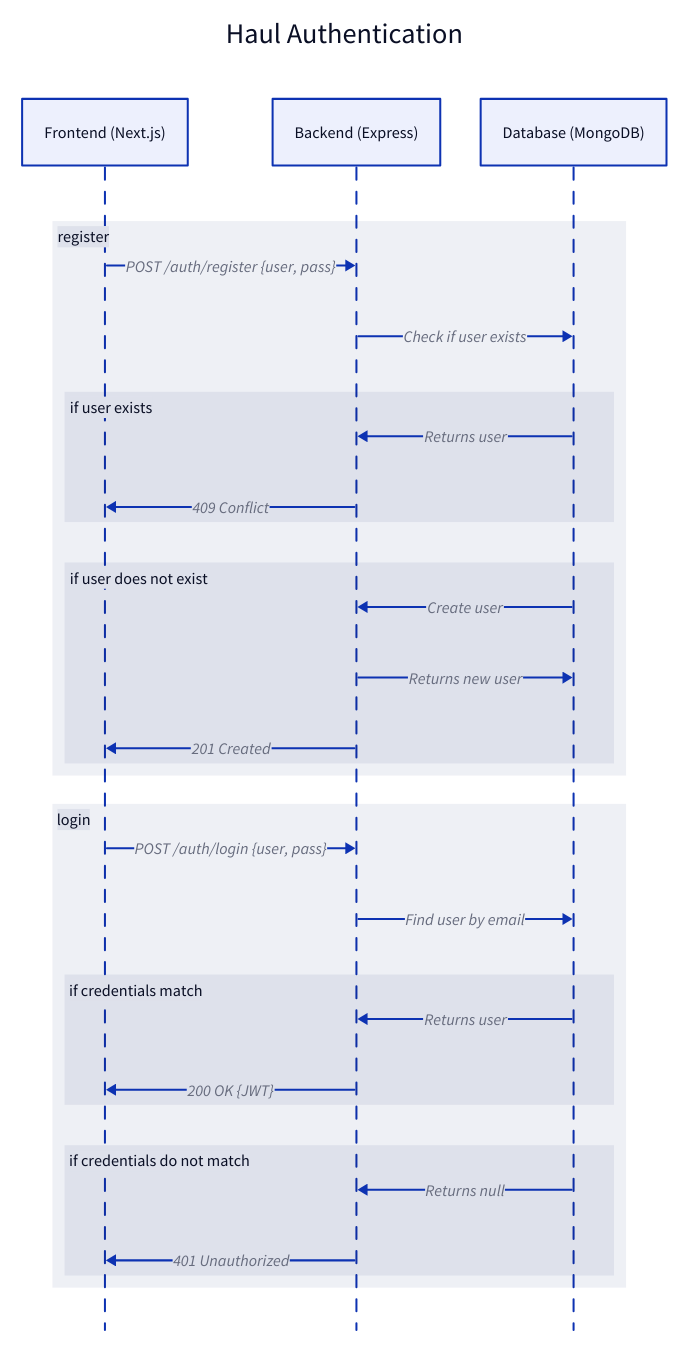
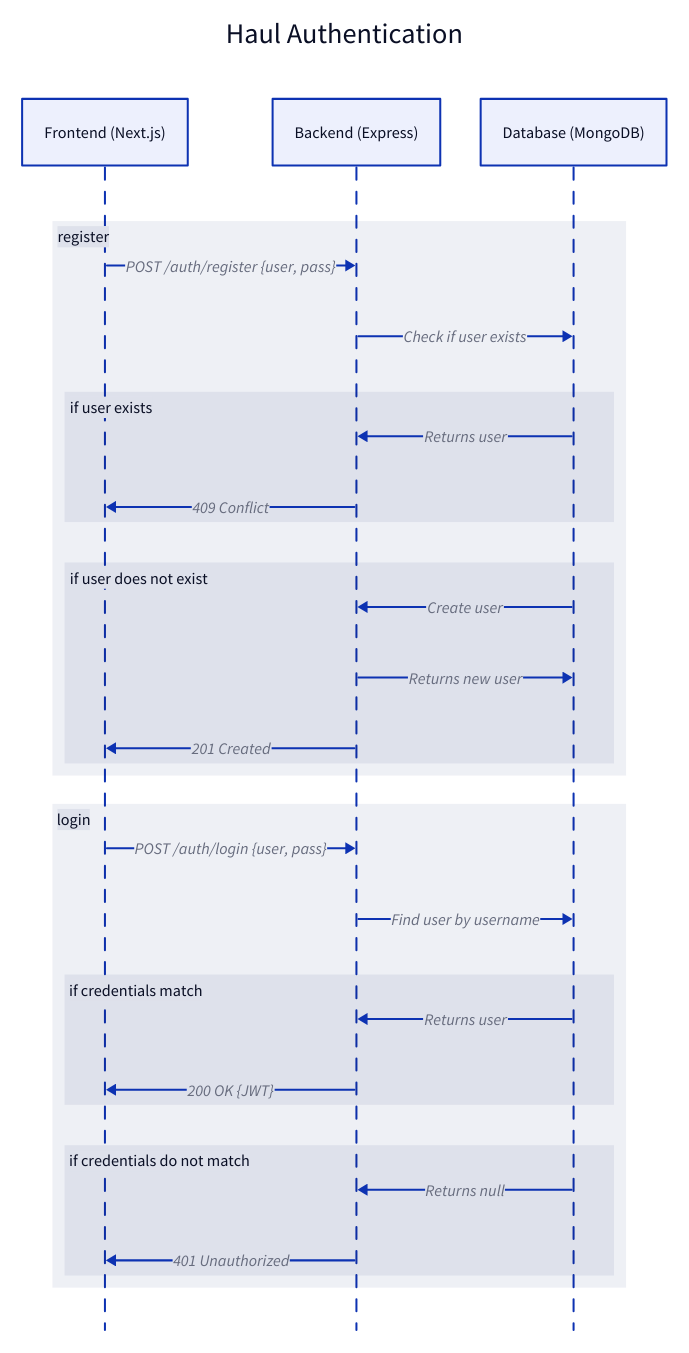
Before and after one commit to samsolano/haul: the diagram in docs/backend-diagram.d2, drawn with D2. The commit also changed 5 other files, not shown here.

```diff
--- a/docs/backend-diagram.d2
+++ b/docs/backend-diagram.d2
@@ -1,36 +1,36 @@
 Haul Authentication: {
   shape: sequence_diagram
 
   client: "Frontend (Next.js)"
   server: "Backend (Express)"
   db: "Database (MongoDB)"
 
   register: {
     client -> server: "POST /auth/register {user, pass}"
     server -> db: "Check if user exists"
 
     if: "if user exists" {
       db -> server: "Returns user"
       server -> client: "409 Conflict"
     }
     else: "if user does not exist" {
       db -> server: "Create user"
       server -> db: "Returns new user"
       server -> client: "201 Created"
     }
   }
 
   login: {
     client -> server: "POST /auth/login {user, pass}"
-    server -> db: "Find user by email"
+    server -> db: "Find user by username"
 
     if: "if credentials match" {
       db -> server: "Returns user"
       server -> client: "200 OK {JWT}"
     }
     else: "if credentials do not match" {
       db -> server: "Returns null"
       server -> client: "401 Unauthorized"
     }
   }
 }
```
